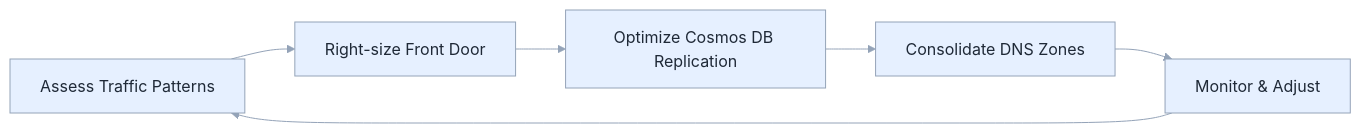
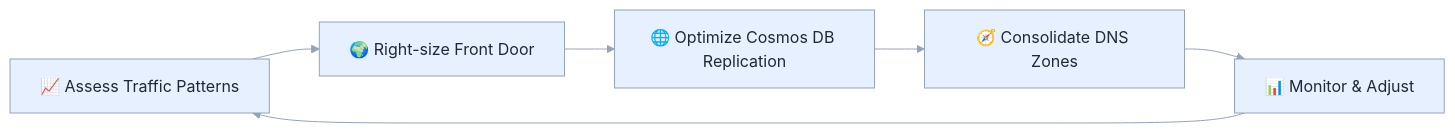
The second of 9 diagrams in docs/COST_OPTIMIZATION_GUIDE.md (srnichols/StampsPattern), drawn with Mermaid before and after one commit. The commit also changed other lines of this file and 3 other files, not shown here.

Commit message:
docs: fix Related Guides bullet in LANDING_ZONES_GUIDE; add minimal icons to key diagrams; remove stale mermaid-theme-sample link from DOCS

````diff
--- a/docs/COST_OPTIMIZATION_GUIDE.md
+++ b/docs/COST_OPTIMIZATION_GUIDE.md
@@ -217,10 +217,10 @@
 ```mermaid
 %%{init: {"theme":"base","themeVariables":{"background":"transparent","primaryColor":"#E6F0FF","primaryTextColor":"#1F2937","primaryBorderColor":"#94A3B8","lineColor":"#94A3B8","secondaryColor":"#F3F4F6","tertiaryColor":"#DBEAFE","clusterBkg":"#F8FAFC","clusterBorder":"#CBD5E1","edgeLabelBackground":"#F8FAFC","fontFamily":"Segoe UI, Roboto, Helvetica, Arial, sans-serif"}} }%%
 flowchart LR
-    A[Assess Traffic Patterns] --> B[Right-size Front Door]
-    B --> C[Optimize Cosmos DB Replication]
-    C --> D[Consolidate DNS Zones]
-    D --> E[Monitor & Adjust]
+    A[📈 Assess Traffic Patterns] --> B[🌍 Right-size Front Door]
+    B --> C[🌐 Optimize Cosmos DB Replication]
+    C --> D[🧭 Consolidate DNS Zones]
+    D --> E[📊 Monitor & Adjust]
     E --> A
 
 ```
````
